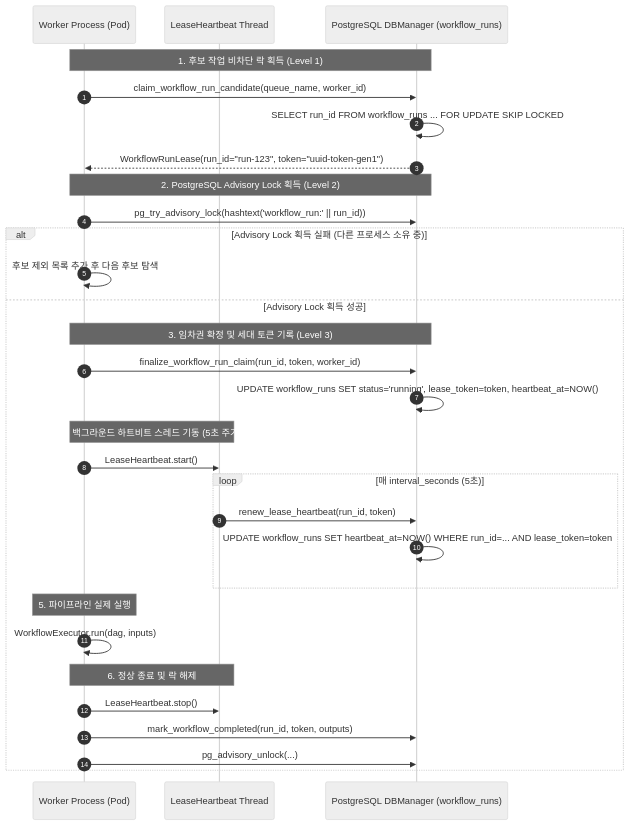
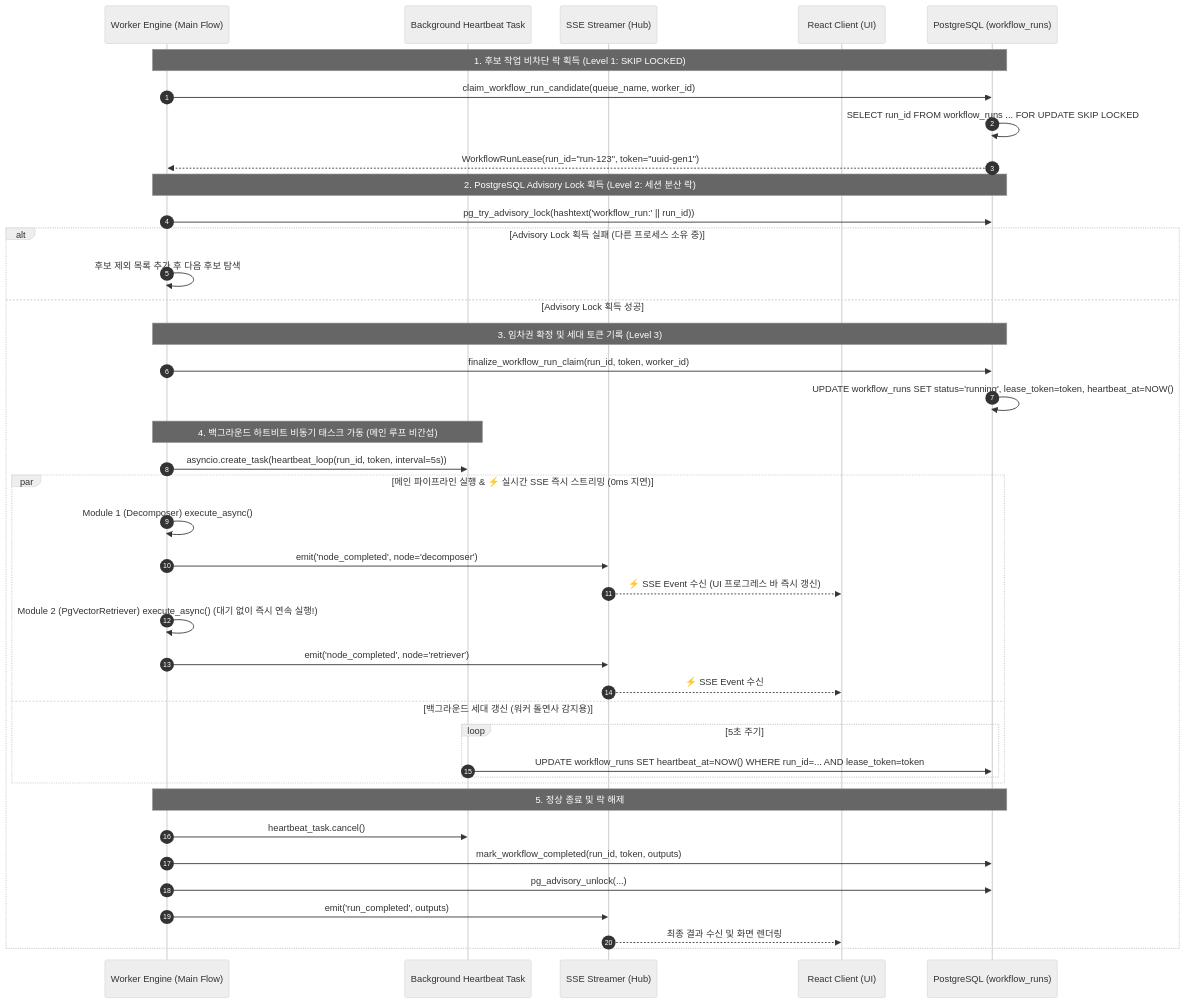
Before and after one commit to bist-mini-final/bist-mini-final: the second of 3 diagrams in docs/01_system_blueprints/BP-103_concurrency_and_locking_model.md, drawn with Mermaid (neutral theme). The commit also changed other lines of this file, not shown here.

Commit message:
docs: articulate Zero-Bottleneck SSE live streaming alongside background Lease Heartbeat in BP-103

````diff
--- a/docs/01_system_blueprints/BP-103_concurrency_and_locking_model.md
+++ b/docs/01_system_blueprints/BP-103_concurrency_and_locking_model.md
@@ -45,37 +45,48 @@
 ```mermaid
 sequenceDiagram
     autonumber
-    participant W as Worker Process (Pod)
-    participant HB as LeaseHeartbeat Thread
-    participant DB as PostgreSQL DBManager (workflow_runs)
+    participant W as Worker Engine (Main Flow)
+    participant HB as Background Heartbeat Task
+    participant SSE as SSE Streamer (Hub)
+    participant Client as React Client (UI)
+    participant DB as PostgreSQL (workflow_runs)
 
-    Note over W,DB: 1. 후보 작업 비차단 락 획득 (Level 1)
+    Note over W,DB: 1. 후보 작업 비차단 락 획득 (Level 1: SKIP LOCKED)
     W->>DB: claim_workflow_run_candidate(queue_name, worker_id)
     DB->>DB: SELECT run_id FROM workflow_runs ... FOR UPDATE SKIP LOCKED
-    DB-->>W: WorkflowRunLease(run_id="run-123", token="uuid-token-gen1")
+    DB-->>W: WorkflowRunLease(run_id="run-123", token="uuid-gen1")
 
-    Note over W,DB: 2. PostgreSQL Advisory Lock 획득 (Level 2)
+    Note over W,DB: 2. PostgreSQL Advisory Lock 획득 (Level 2: 세션 분산 락)
     W->>DB: pg_try_advisory_lock(hashtext('workflow_run:' || run_id))
     alt Advisory Lock 획득 실패 (다른 프로세스 소유 중)
         W->>W: 후보 제외 목록 추가 후 다음 후보 탐색
     else Advisory Lock 획득 성공
         Note over W,DB: 3. 임차권 확정 및 세대 토큰 기록 (Level 3)
         W->>DB: finalize_workflow_run_claim(run_id, token, worker_id)
         DB->>DB: UPDATE workflow_runs SET status='running', lease_token=token, heartbeat_at=NOW()
         
-        Note over W,HB: 4. 백그라운드 하트비트 스레드 기동 (5초 주기)
-        W->>HB: LeaseHeartbeat.start()
-        loop 매 interval_seconds (5초)
-            HB->>DB: renew_lease_heartbeat(run_id, token)
-            DB->>DB: UPDATE workflow_runs SET heartbeat_at=NOW() WHERE run_id=... AND lease_token=token
+        Note over W,HB: 4. 백그라운드 하트비트 비동기 태스크 가동 (메인 루프 비간섭)
+        W->>HB: asyncio.create_task(heartbeat_loop(run_id, token, interval=5s))
+        
+        par 메인 파이프라인 실행 & ⚡ 실시간 SSE 즉시 스트리밍 (0ms 지연)
+            W->>W: Module 1 (Decomposer) execute_async()
+            W->>SSE: emit('node_completed', node='decomposer')
+            SSE-->>Client: ⚡ SSE Event 수신 (UI 프로그레스 바 즉시 갱신)
+            
+            W->>W: Module 2 (PgVectorRetriever) execute_async() (대기 없이 즉시 연속 실행!)
+            W->>SSE: emit('node_completed', node='retriever')
+            SSE-->>Client: ⚡ SSE Event 수신
+        and 백그라운드 세대 갱신 (워커 돌연사 감지용)
+            loop 5초 주기
+                HB->>DB: UPDATE workflow_runs SET heartbeat_at=NOW() WHERE run_id=... AND lease_token=token
+            end
         end
 
-        Note over W: 5. 파이프라인 실제 실행
-        W->>W: WorkflowExecutor.run(dag, inputs)
-
-        Note over W,HB: 6. 정상 종료 및 락 해제
-        W->>HB: LeaseHeartbeat.stop()
+        Note over W,DB: 5. 정상 종료 및 락 해제
+        W->>HB: heartbeat_task.cancel()
         W->>DB: mark_workflow_completed(run_id, token, outputs)
         W->>DB: pg_advisory_unlock(...)
+        W->>SSE: emit('run_completed', outputs)
+        SSE-->>Client: 최종 결과 수신 및 화면 렌더링
     end
 ```
````
